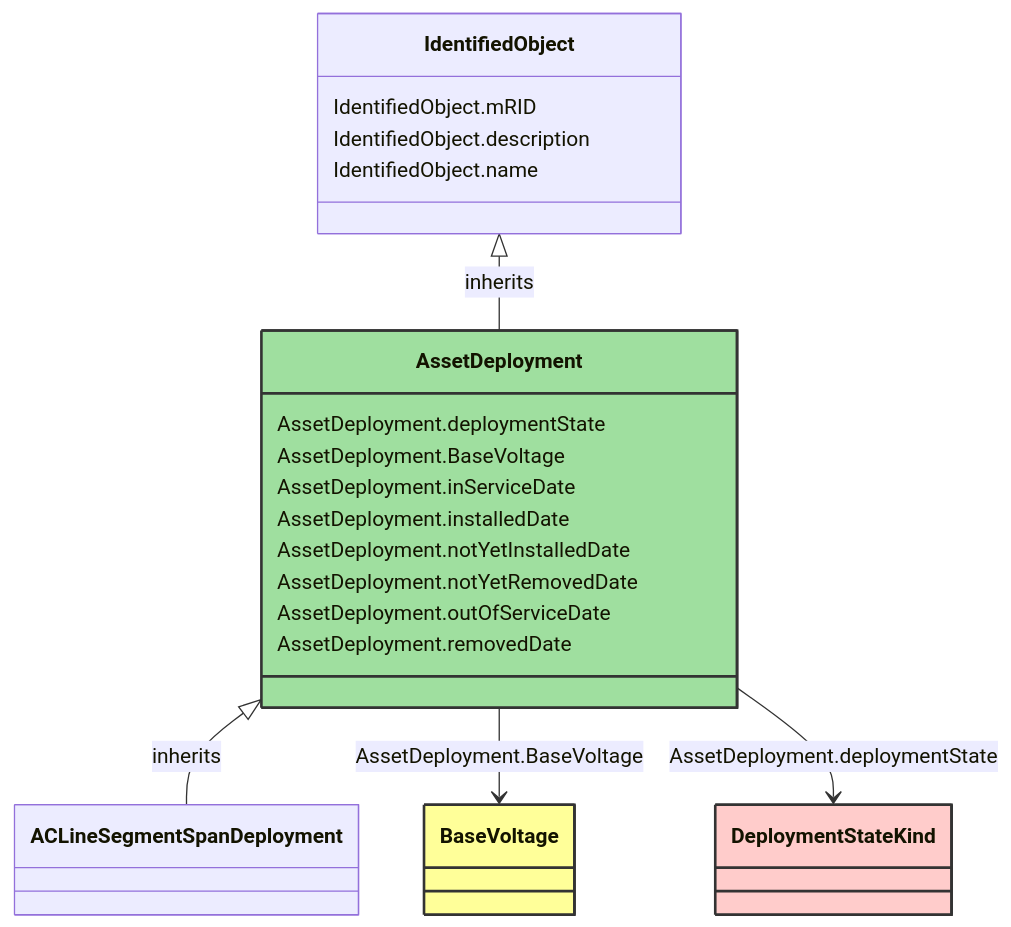
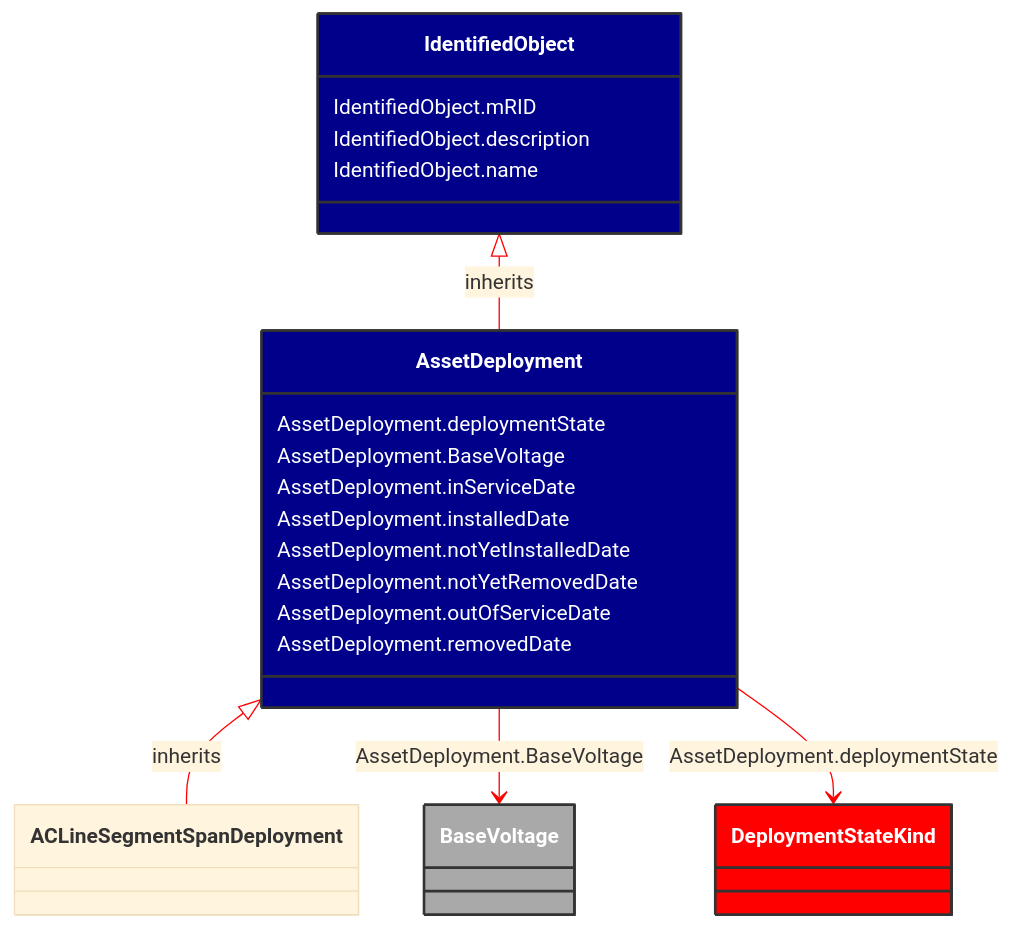
The diagram in docs/Models/Profiles/AviationObstacle/ConcreteClasses/AssetDeployment.md (3lbits/NoCIMExtensions), drawn with Mermaid before and after one commit. The commit also changed 58 other files, not shown here.

````diff
--- a/docs/Models/Profiles/AviationObstacle/ConcreteClasses/AssetDeployment.md
+++ b/docs/Models/Profiles/AviationObstacle/ConcreteClasses/AssetDeployment.md
@@ -8,42 +8,43 @@
 ```mermaid
+%%{init: {'theme':'base','themeVariables': {'lineColor': '#FF0000'}}}%%
 classDiagram
     class AssetDeployment
     click AssetDeployment href "/Models/Profiles/AviationObstacle/ConcreteClasses/AssetDeployment/"
-    style AssetDeployment fill:#9fdf9f,stroke:#333,stroke-width:2px,rx:10,ry:10
+    style AssetDeployment fill:#006400,stroke:#333,stroke-width:2px,rx:10,ry:10,color:white
 
         AssetDeployment <|-- ACLineSegmentSpanDeployment : inherits
             click AssetDeployment href "/Models/Profiles/AviationObstacle/ConcreteClasses/AssetDeployment/"
-            style AssetDeployment rx:10,ry:10
+            style AssetDeployment fill:#00008B,stroke:#333,stroke-width:2px,rx:10,ry:10,color:white
 
         ACLineSegmentSpanDeployment
             click ACLineSegmentSpanDeployment href "/Models/Profiles/AviationObstacle/ConcreteClasses/ACLineSegmentSpanDeployment/"
-            style ACLineSegmentSpanDeployment rx:10,ry:10
+            style AssetDeployment fill:#00008B,stroke:#333,stroke-width:2px,rx:10,ry:10,color:white
 
         IdentifiedObject <|-- AssetDeployment : inherits
             click IdentifiedObject href "/Models/Profiles/AviationObstacle/AbstractClasses/IdentifiedObject/"
-            style IdentifiedObject rx:10,ry:10
+            style IdentifiedObject fill:#00008B,stroke:#333,stroke-width:2px,rx:10,ry:10,color:white
 
         AssetDeployment --> BaseVoltage : AssetDeployment.BaseVoltage
 
         BaseVoltage
             click BaseVoltage href "/Models/Profiles/AviationObstacle/ConcreteClasses/BaseVoltage/"
-            style BaseVoltage fill:#ffff99,stroke:#333,stroke-width:2px,rx:10,ry:10
+            style BaseVoltage fill:#A9A9A9,stroke:#333,stroke-width:2px,rx:10,ry:10,color:white
 
         AssetDeployment --> DeploymentStateKind : AssetDeployment.deploymentState
 
         DeploymentStateKind
             click DeploymentStateKind href "/Models/Profiles/AviationObstacle/Enumerations/DeploymentStateKind/"
-            style DeploymentStateKind fill:#FFCCCB,stroke:#333,stroke-width:2px,rx:10,ry:10
+            style DeploymentStateKind fill:#FF0000,stroke:#333,stroke-width:2px,rx:10,ry:10,color:white
 
         AssetDeployment : AssetDeployment.deploymentState
         AssetDeployment : AssetDeployment.BaseVoltage
         AssetDeployment : AssetDeployment.inServiceDate
         AssetDeployment : AssetDeployment.installedDate
         AssetDeployment : AssetDeployment.notYetInstalledDate
         AssetDeployment : AssetDeployment.notYetRemovedDate
         AssetDeployment : AssetDeployment.outOfServiceDate
         AssetDeployment : AssetDeployment.removedDate
         IdentifiedObject : IdentifiedObject.mRID
         IdentifiedObject : IdentifiedObject.description
         IdentifiedObject : IdentifiedObject.name
 ```
````
